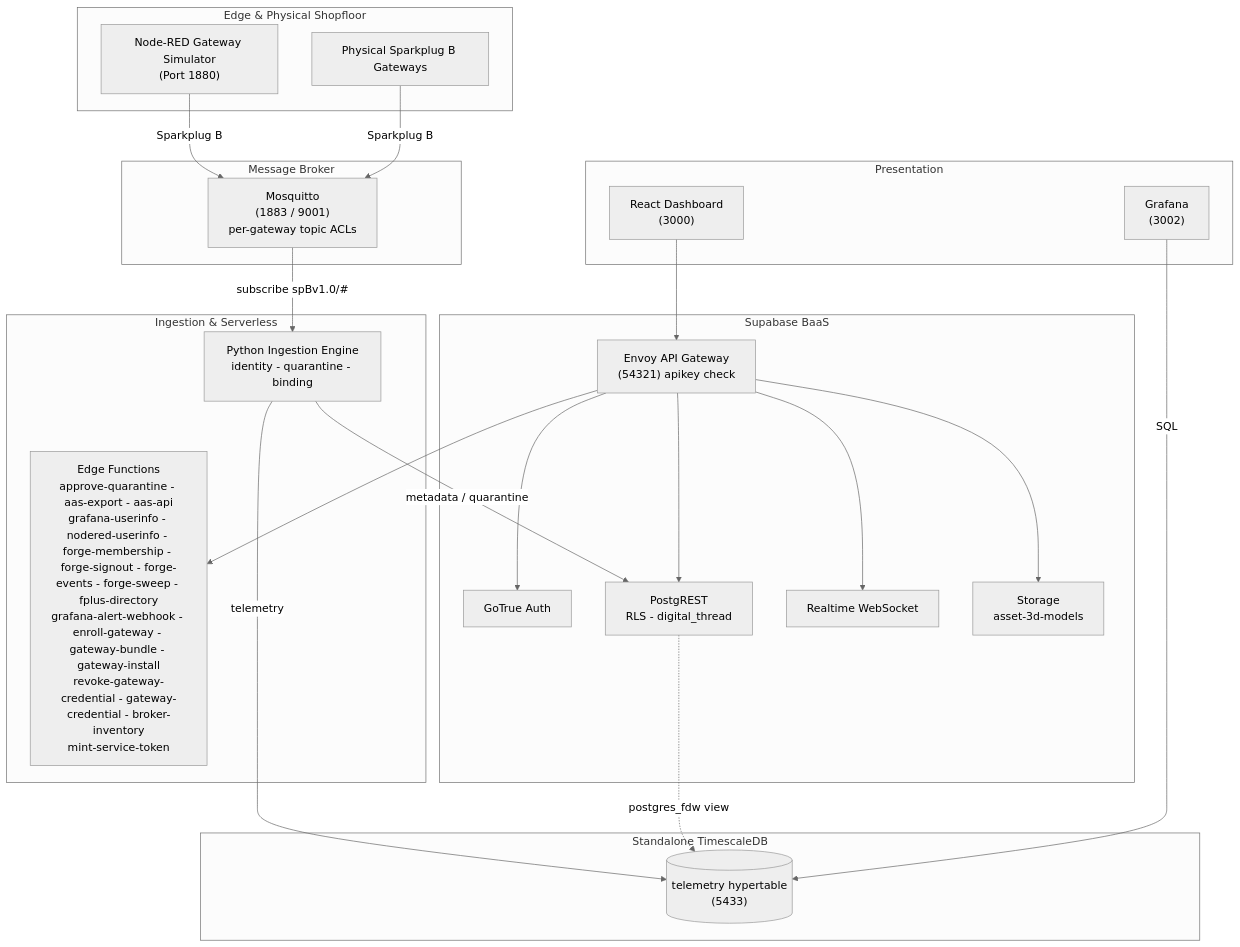
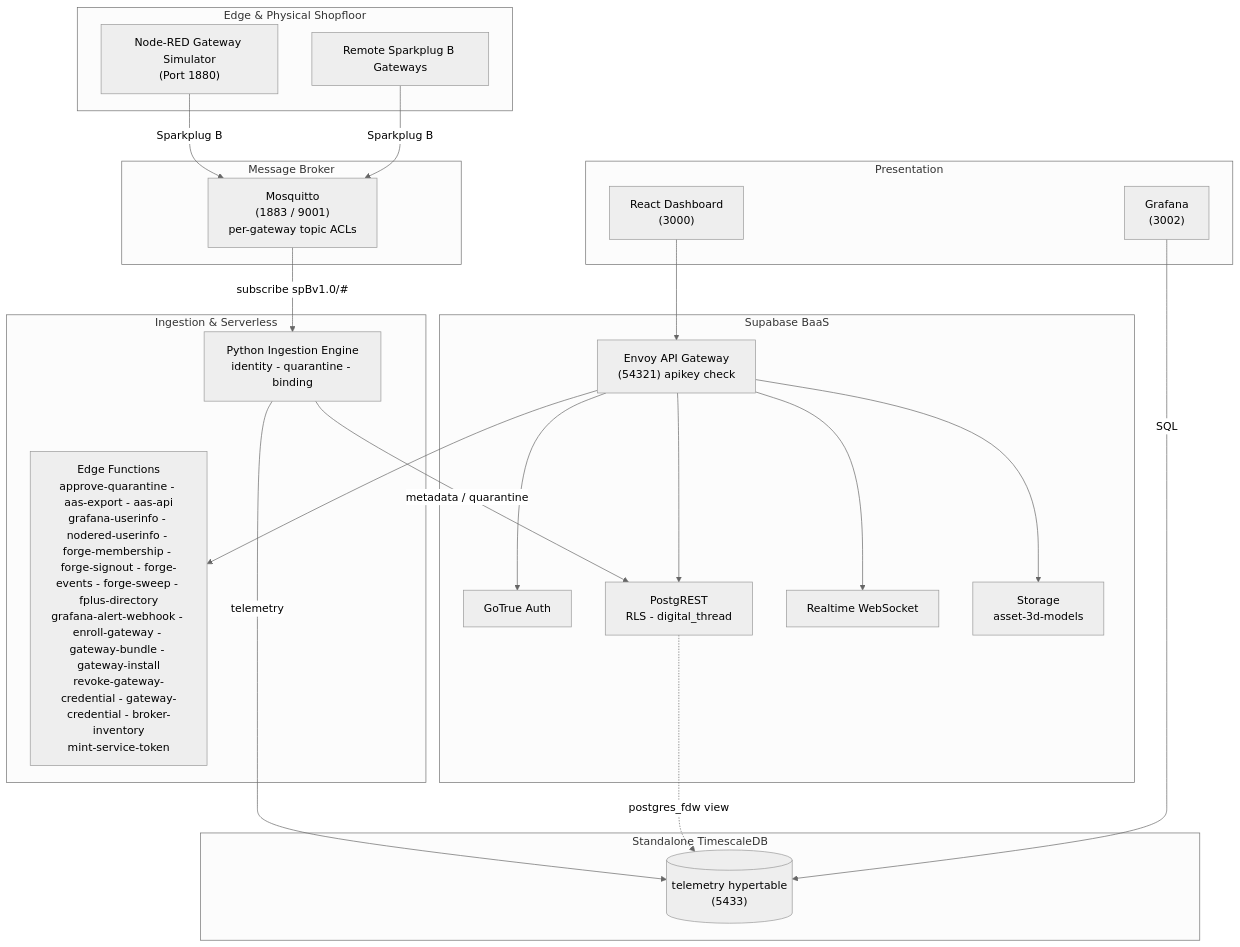
The diagram in README.md (Harri-Llewelyn/Aber), drawn with Mermaid (neutral theme) before and after one commit. The commit also changed other lines of this file and 81 other files, not shown here.

````diff
--- a/README.md
+++ b/README.md
@@ -31,47 +31,47 @@
 ```mermaid
 flowchart TB
     subgraph Edge ["Edge & Physical Shopfloor"]
         NR["Node-RED Gateway Simulator<br/>(Port 1880)"]
-        DEV["Physical Sparkplug B Gateways"]
+        DEV["Remote Sparkplug B Gateways"]
     end
 
     subgraph Messaging ["Message Broker"]
         MQTT["Mosquitto<br/>(1883 / 9001)<br/>per-gateway topic ACLs"]
     end
 
     subgraph Processing ["Ingestion & Serverless"]
         ING["Python Ingestion Engine<br/>identity - quarantine - binding"]
         EF["Edge Functions<br/>approve-quarantine - aas-export - aas-api<br/>grafana-userinfo - nodered-userinfo - forge-membership - forge-signout - forge-events - forge-sweep - fplus-directory<br/>grafana-alert-webhook - enroll-gateway - gateway-bundle - gateway-install<br/>revoke-gateway-credential - gateway-credential - broker-inventory<br/>mint-service-token"]
     end
 
     subgraph Supabase ["Supabase BaaS"]
         GW["Envoy API Gateway<br/>(54321) apikey check"]
         AUTH["GoTrue Auth"]
         PGRST["PostgREST<br/>RLS - digital_thread"]
         RT["Realtime WebSocket"]
         STO["Storage<br/>asset-3d-models"]
     end
 
     subgraph TSDB ["Standalone TimescaleDB"]
         TS[("telemetry hypertable<br/>(5433)")]
     end
 
     subgraph UX ["Presentation"]
         UI["React Dashboard<br/>(3000)"]
         GRAF["Grafana<br/>(3002)"]
     end
 
     NR -->|Sparkplug B| MQTT
     DEV -->|Sparkplug B| MQTT
     MQTT -->|subscribe spBv1.0/#| ING
     ING -->|metadata / quarantine| PGRST
     ING -->|telemetry| TS
     UI --> GW
     GW --> AUTH
     GW --> PGRST
     GW --> RT
     GW --> STO
     GW --> EF
     PGRST -.->|postgres_fdw view| TS
     GRAF -->|SQL| TS
 ```
````
